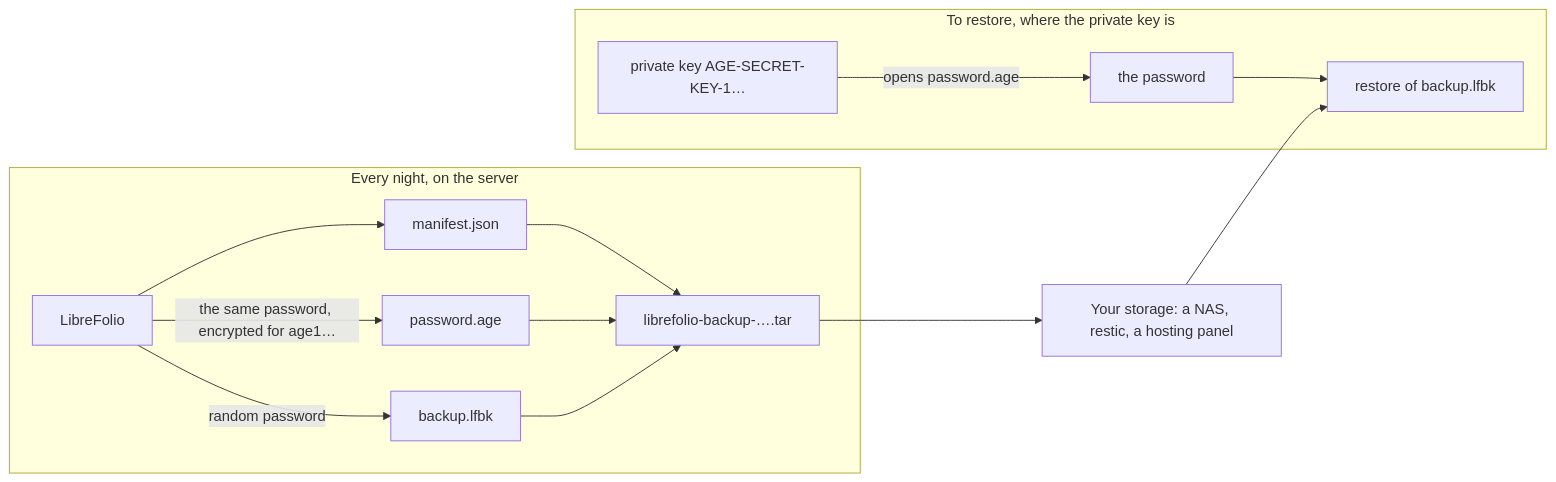
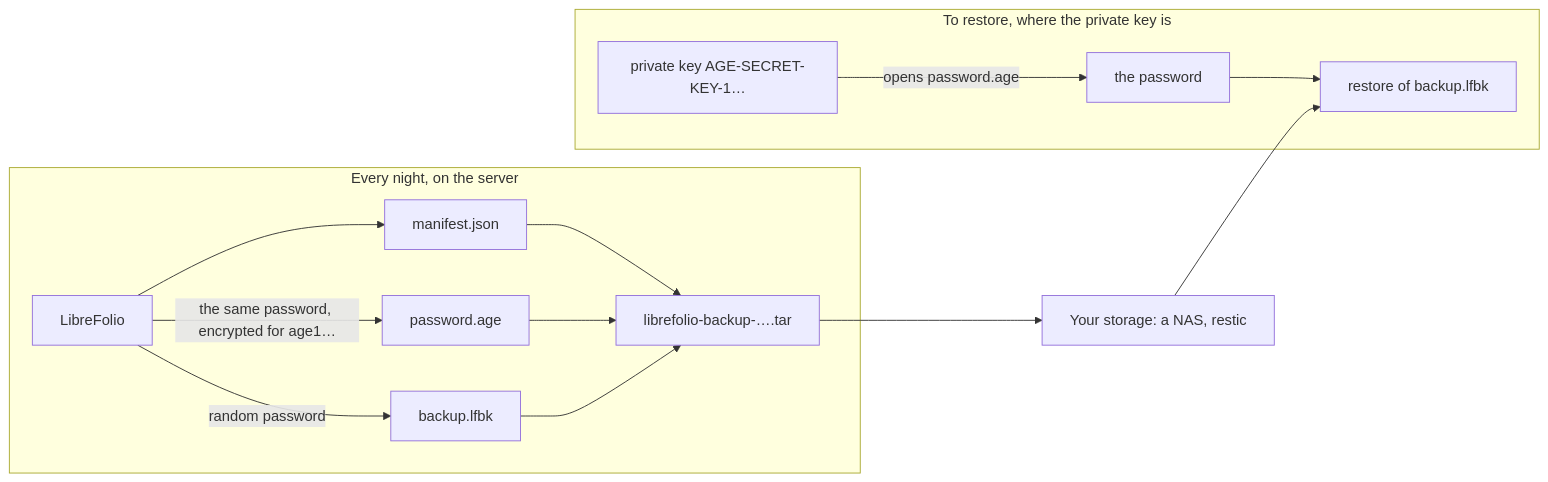
One commit to Librefolio/LibreFolio changed the diagram in mkdocs_src/docs/admin/backup_sealed.en.md. Above: the diagram before and after it, drawn with Mermaid. The commit also changed other lines of this file and 58 other files, not shown here.

````diff
--- a/mkdocs_src/docs/admin/backup_sealed.en.md
+++ b/mkdocs_src/docs/admin/backup_sealed.en.md
@@ -28,17 +28,17 @@
 ```mermaid
 flowchart LR
     subgraph night["Every night, on the server"]
         LF["LibreFolio"] -->|"random password"| ENV["backup.lfbk"]
         LF -->|"the same password, encrypted for age1…"| PWD["password.age"]
         LF --> MAN["manifest.json"]
         MAN --> TAR["librefolio-backup-….tar"]
         PWD --> TAR
         ENV --> TAR
     end
-    TAR --> STORE["Your storage: a NAS, restic, a hosting panel"]
+    TAR --> STORE["Your storage: a NAS, restic"]
     subgraph restore["To restore, where the private key is"]
         KEY["private key AGE-SECRET-KEY-1…"] -->|"opens password.age"| PASS["the password"]
         PASS --> RES["restore of backup.lfbk"]
     end
     STORE --> RES
 ```
````
